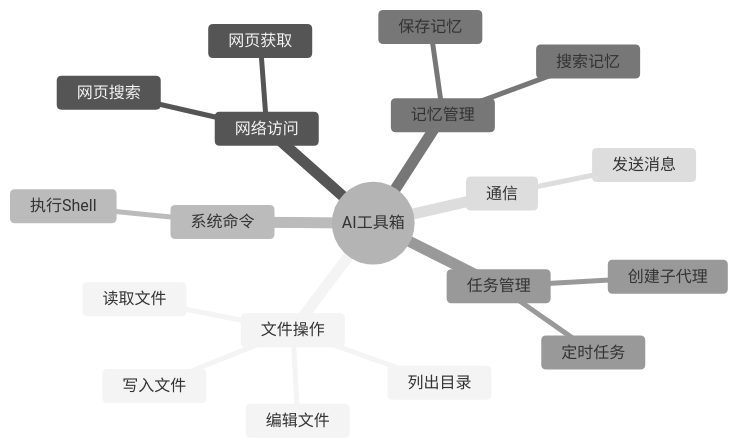
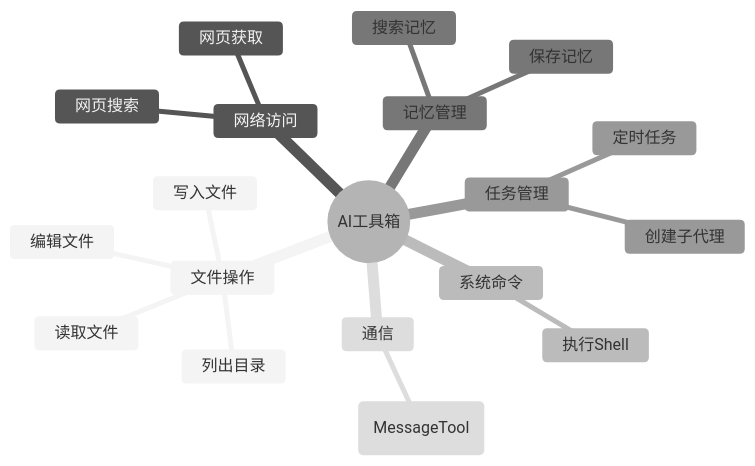
One commit to yeheng/nanobot-rs changed the third of 16 diagrams in docs/tools.md. Above: the diagram before and after it, drawn with Mermaid (neutral theme). The commit also changed other lines of this file and 35 other files, not shown here.

````diff
--- a/docs/tools.md
+++ b/docs/tools.md
@@ -62,22 +62,22 @@
 ```mermaid
 mindmap
   root((AI工具箱))
     文件操作
       读取文件
       写入文件
       编辑文件
       列出目录
     网络访问
       网页搜索
       网页获取
     系统命令
       执行Shell
     记忆管理
       搜索记忆
       保存记忆
     任务管理
       创建子代理
       定时任务
     通信
-      发送消息
+      发送消息 (MessageTool)
 ```
````
